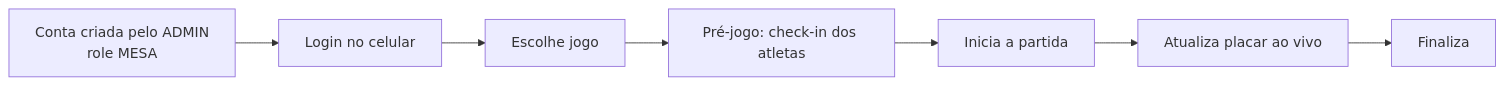
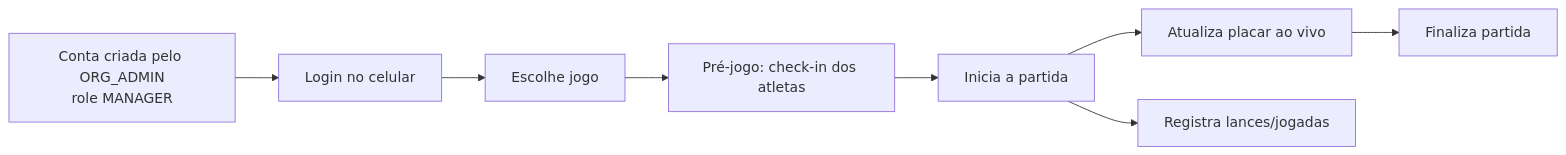
Before and after one commit to cesargranelli/flag-platform-docs: the third of 4 diagrams in architecture/roles-and-permissions.md, drawn with Mermaid. The commit also changed other lines of this file and 4 other files, not shown here.

First line of the commit message:
feat(docs): update roles and architecture docs with new platform structure

````diff
--- a/architecture/roles-and-permissions.md
+++ b/architecture/roles-and-permissions.md
@@ -68,9 +122,10 @@
 ```mermaid
 flowchart LR
-    A[Conta criada pelo ADMIN<br/>role MESA] --> B[Login no celular]
+    A[Conta criada pelo ORG_ADMIN<br/>role MANAGER] --> B[Login no celular]
     B --> C[Escolhe jogo]
     C --> D[Pré-jogo: check-in dos atletas]
     D --> E[Inicia a partida]
     E --> F[Atualiza placar ao vivo]
-    F --> G[Finaliza]
+    E --> G[Registra lances/jogadas]
+    F --> H[Finaliza partida]
 ```
````
